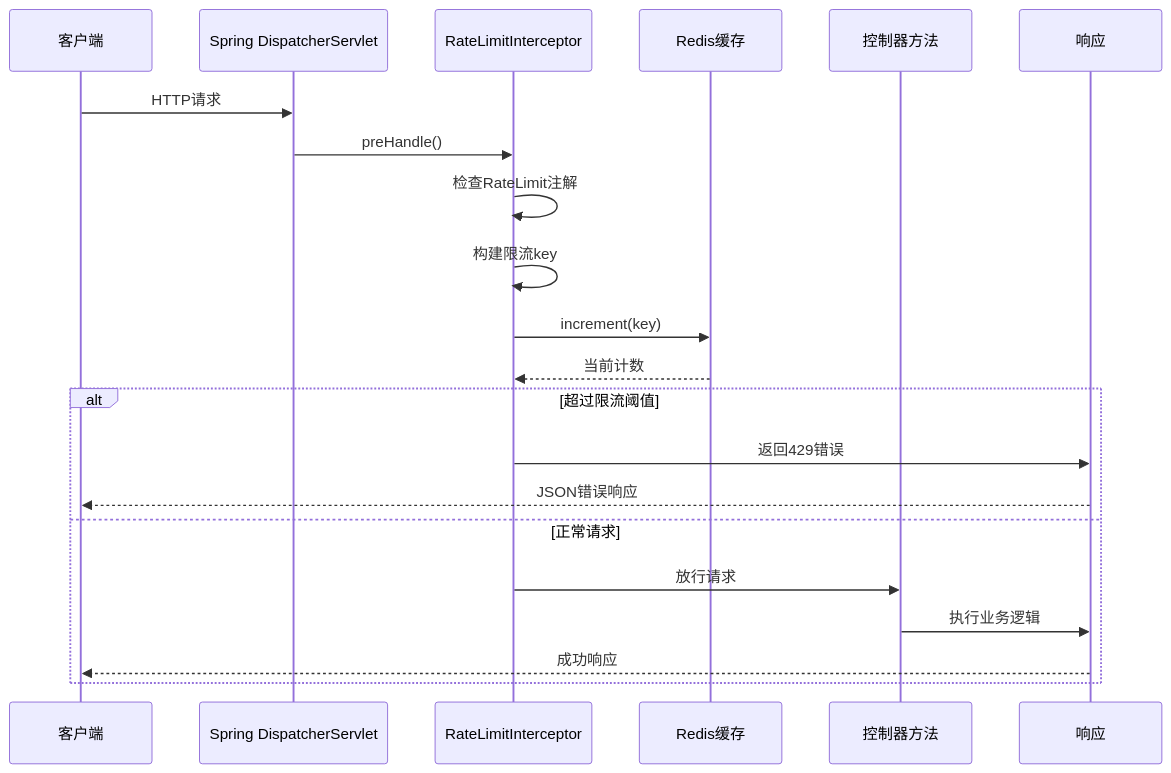
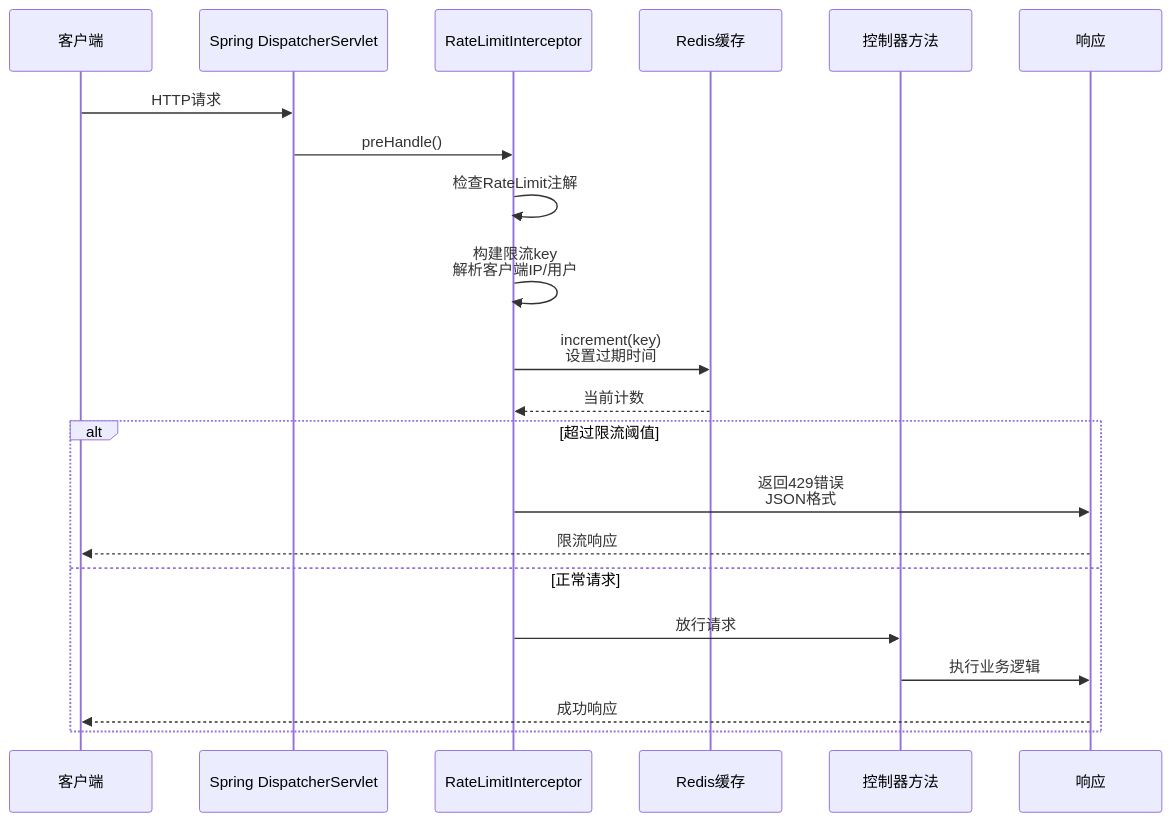
Before and after one commit to PersonNoName/FreeTrader: the second of 5 diagrams in .qoder/repowiki/zh/content/缓存与性能优化/速率限制系统.md, drawn with Mermaid. The commit also changed other lines of this file and 10 other files, not shown here.

````diff
--- a/.qoder/repowiki/zh/content/缓存与性能优化/速率限制系统.md
+++ b/.qoder/repowiki/zh/content/缓存与性能优化/速率限制系统.md
@@ -100,23 +110,23 @@
 ```mermaid
 sequenceDiagram
 participant Client as 客户端
 participant Dispatcher as Spring DispatcherServlet
 participant Interceptor as RateLimitInterceptor
 participant Redis as Redis缓存
 participant Controller as 控制器方法
 participant Response as 响应
 Client->>Dispatcher : HTTP请求
 Dispatcher->>Interceptor : preHandle()
 Interceptor->>Interceptor : 检查RateLimit注解
-Interceptor->>Interceptor : 构建限流key
-Interceptor->>Redis : increment(key)
+Interceptor->>Interceptor : 构建限流key<br/>解析客户端IP/用户
+Interceptor->>Redis : increment(key)<br/>设置过期时间
 Redis-->>Interceptor : 当前计数
 alt 超过限流阈值
-Interceptor->>Response : 返回429错误
-Response-->>Client : JSON错误响应
+Interceptor->>Response : 返回429错误<br/>JSON格式
+Response-->>Client : 限流响应
 else 正常请求
 Interceptor->>Controller : 放行请求
 Controller->>Response : 执行业务逻辑
 Response-->>Client : 成功响应
 end
 ```
````
